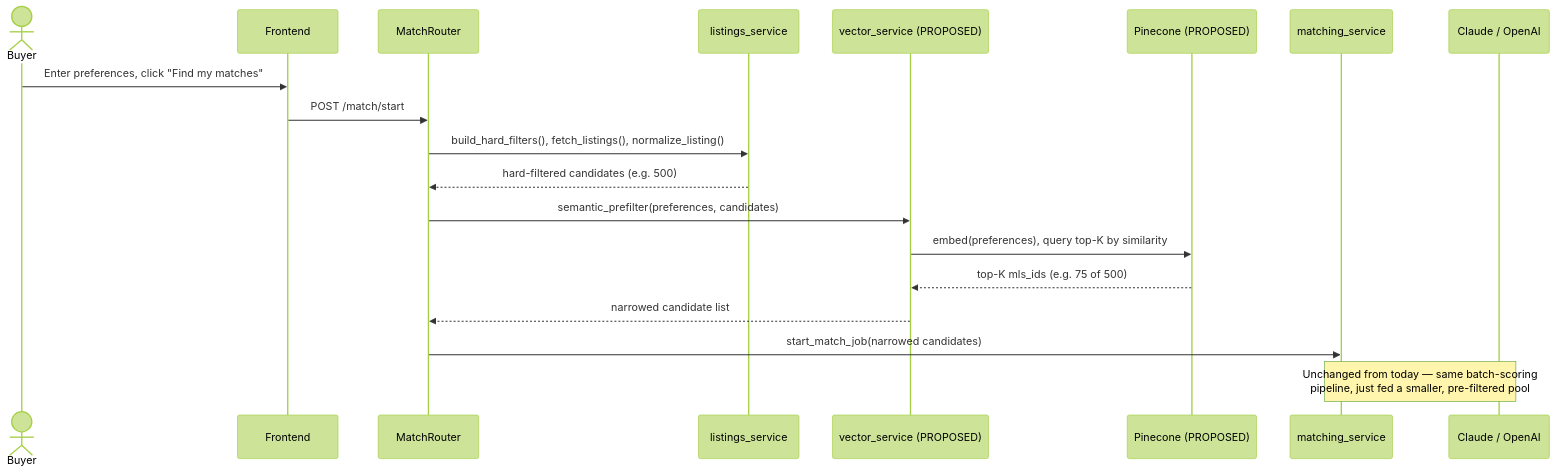
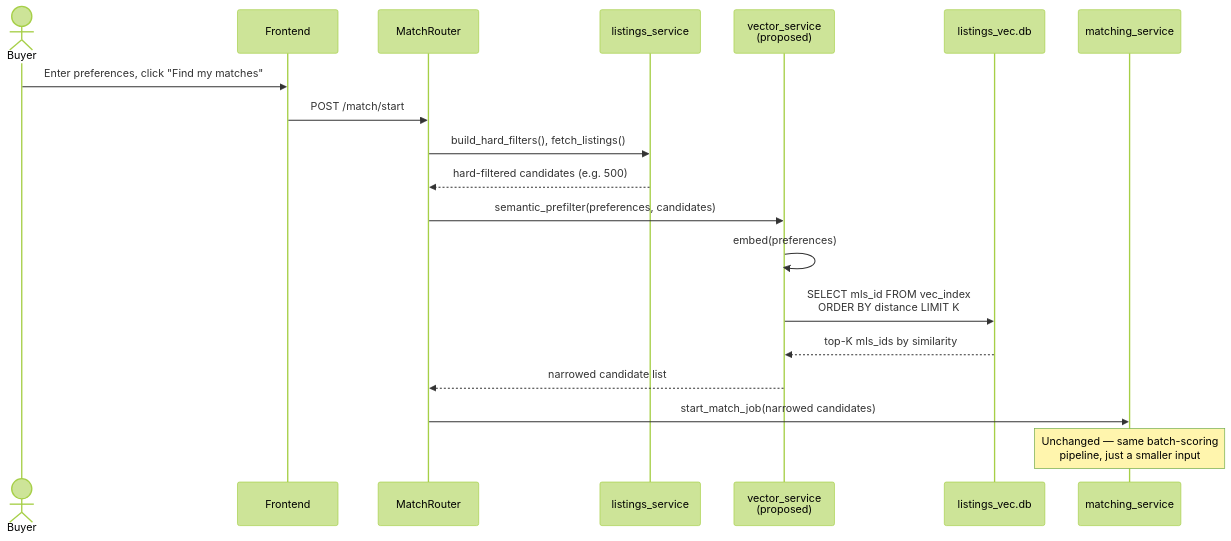
The eighth of 9 diagrams in docs/architecture.md (KhushbuVaishnav/HomeLens), drawn with Mermaid (forest theme) before and after one commit. The commit also changed other lines of this file and 1 other file, not shown here.

Commit message:
Refactor README and architecture documentation for clarity and consistency

````diff
--- a/docs/architecture.md
+++ b/docs/architecture.md
@@ -274,22 +277,22 @@
 ```mermaid
 sequenceDiagram
     actor Buyer
     participant FE as Frontend
     participant Router as MatchRouter
     participant LS as listings_service
-    participant VS as vector_service (PROPOSED)
-    participant PC as Pinecone (PROPOSED)
+    participant VS as vector_service<br/>(proposed)
+    participant DB as listings_vec.db
     participant MS as matching_service
-    participant AI as Claude / OpenAI
 
     Buyer->>FE: Enter preferences, click "Find my matches"
     FE->>Router: POST /match/start
-    Router->>LS: build_hard_filters(), fetch_listings(), normalize_listing()
+    Router->>LS: build_hard_filters(), fetch_listings()
     LS-->>Router: hard-filtered candidates (e.g. 500)
     Router->>VS: semantic_prefilter(preferences, candidates)
-    VS->>PC: embed(preferences), query top-K by similarity
-    PC-->>VS: top-K mls_ids (e.g. 75 of 500)
+    VS->>VS: embed(preferences)
+    VS->>DB: SELECT mls_id FROM vec_index<br/>ORDER BY distance LIMIT K
+    DB-->>VS: top-K mls_ids by similarity
     VS-->>Router: narrowed candidate list
     Router->>MS: start_match_job(narrowed candidates)
-    Note over MS,AI: Unchanged from today — same batch-scoring<br/>pipeline, just fed a smaller, pre-filtered pool
+    Note over MS: Unchanged — same batch-scoring<br/>pipeline, just a smaller input
 ```
````
